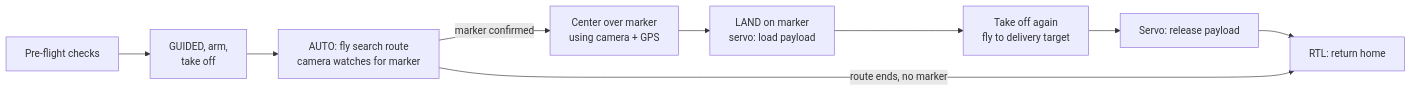
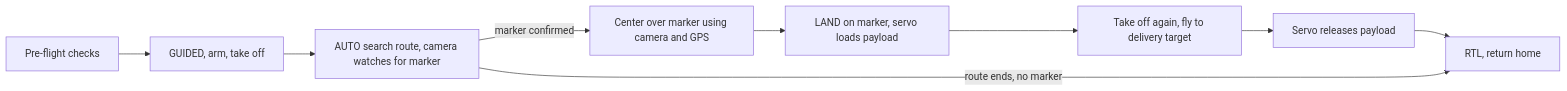
The diagram in README.md (UnknownEng/medical-response-basic), drawn with Mermaid before and after one commit.

Commit message:
Fix mission diagram in README

````diff
--- a/README.md
+++ b/README.md
@@ -16,11 +16,11 @@
 ```mermaid
 flowchart LR
-    A[Pre-flight checks] --> B[GUIDED, arm,<br/>take off]
-    B --> C[AUTO: fly search route<br/>camera watches for marker]
-    C -->|marker confirmed| D[Center over marker<br/>using camera + GPS]
-    D --> E[LAND on marker<br/>servo: load payload]
-    E --> F[Take off again<br/>fly to delivery target]
-    F --> G[Servo: release payload]
-    G --> H[RTL: return home]
-    C -->|route ends, no marker| H
+    A["Pre-flight checks"] --> B["GUIDED, arm, take off"]
+    B --> C["AUTO search route, camera watches for marker"]
+    C -- "marker confirmed" --> D["Center over marker using camera and GPS"]
+    D --> E["LAND on marker, servo loads payload"]
+    E --> F["Take off again, fly to delivery target"]
+    F --> G["Servo releases payload"]
+    G --> H["RTL, return home"]
+    C -- "route ends, no marker" --> H
 ```
````
